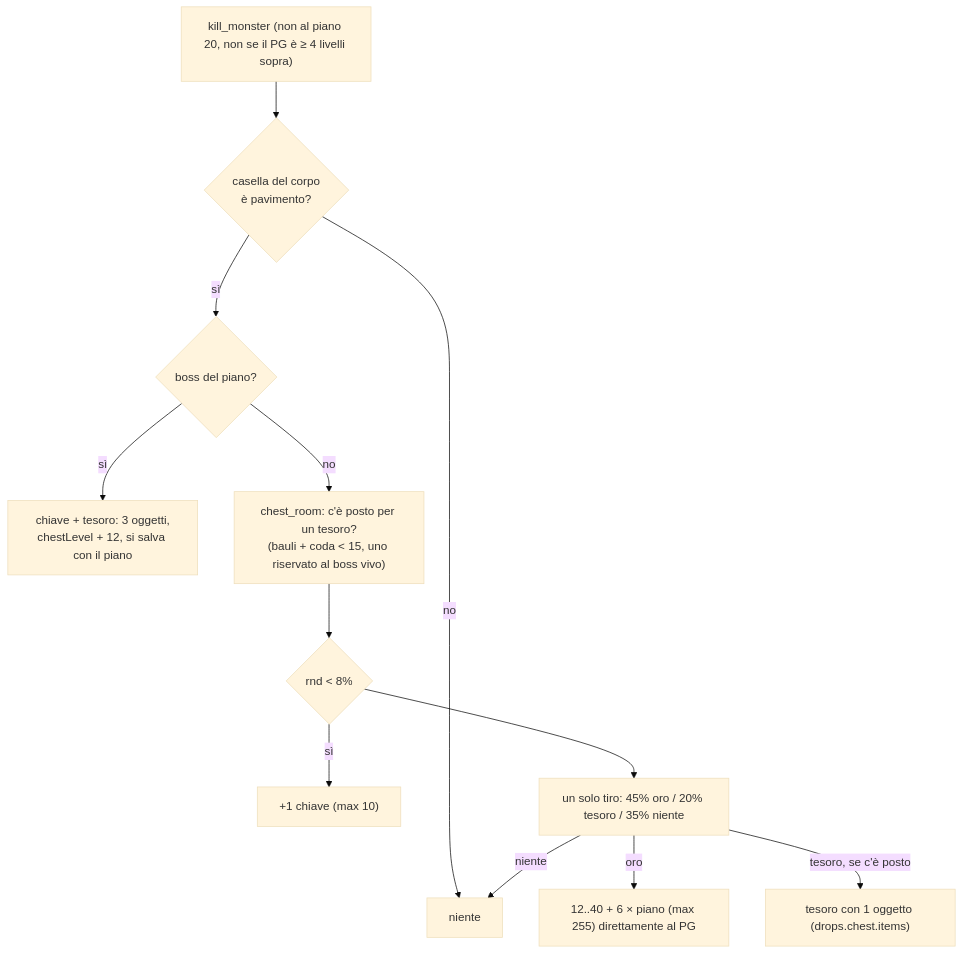
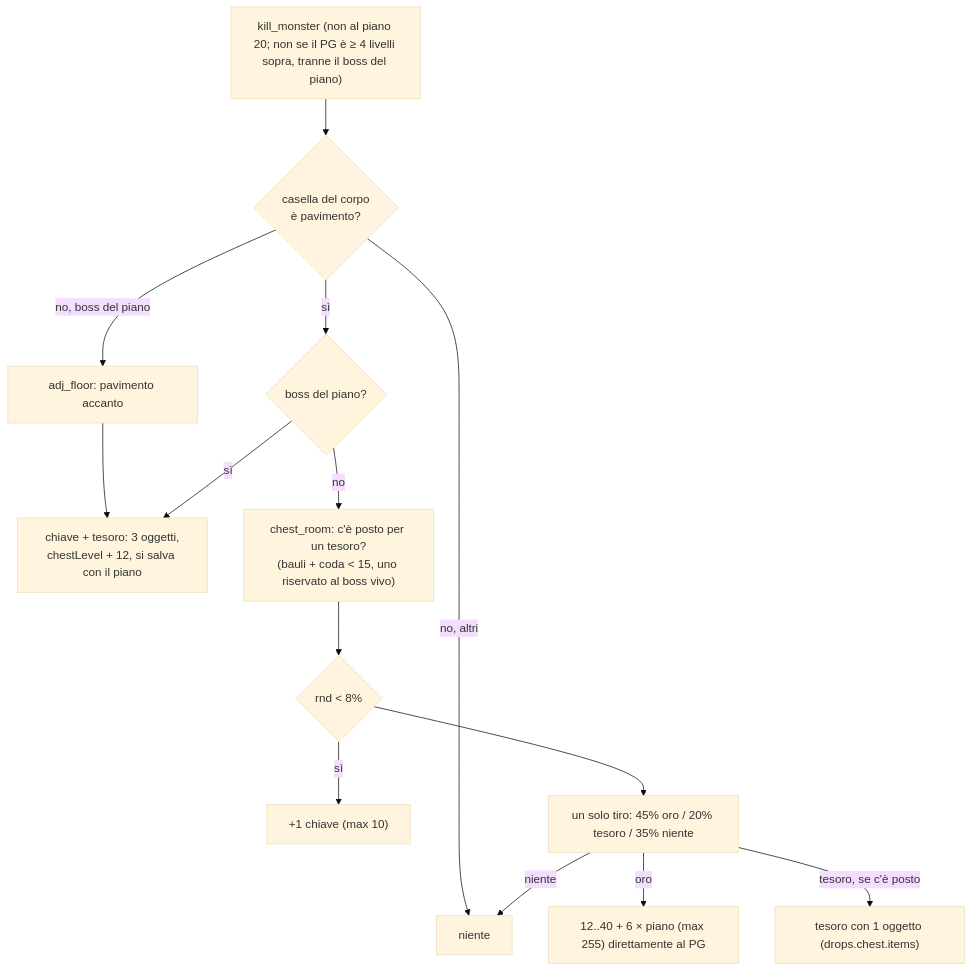
Before and after one commit to caporalesimone/barbarian-the-blood-path: the first of 3 diagrams in docs/wiki/bottino.md, drawn with Mermaid (base theme). The commit also changed other lines of this file and 5 other files, not shown here.

First line of the commit message:
Il boss del piano lascia sempre il baule; corretta la riga del bottino

````diff
--- a/docs/wiki/bottino.md
+++ b/docs/wiki/bottino.md
@@ -29,14 +29,16 @@
 ```mermaid
 flowchart TD
-    K["kill_monster (non al piano 20, non se il PG è ≥ 4 livelli sopra)"] --> T{"casella del corpo<br/>è pavimento?"}
-    T -->|no| X["niente"]
+    K["kill_monster (non al piano 20; non se il PG è ≥ 4 livelli sopra, tranne il boss del piano)"] --> T{"casella del corpo<br/>è pavimento?"}
+    T -->|"no, boss del piano"| AF["adj_floor: pavimento accanto"]
+    AF --> BK
+    T -->|"no, altri"| X["niente"]
     T -->|sì| B{"boss del piano?"}
     B -->|sì| BK["chiave + tesoro: 3 oggetti,<br/>chestLevel + 12, si salva con il piano"]
     B -->|no| CR["chest_room: c'è posto per un tesoro?<br/>(bauli + coda < 15, uno riservato al boss vivo)"]
     CR --> KEY{"rnd < 8%"}
     KEY -->|sì| GK["+1 chiave (max 10)"]
     KEY --> O["un solo tiro: 45% oro / 20% tesoro / 35% niente"]
     O -->|oro| G["12..40 + 6 × piano (max 255) direttamente al PG"]
     O -->|tesoro, se c'è posto| C["tesoro con 1 oggetto (drops.chest.items)"]
     O -->|niente| X
 ```
````
